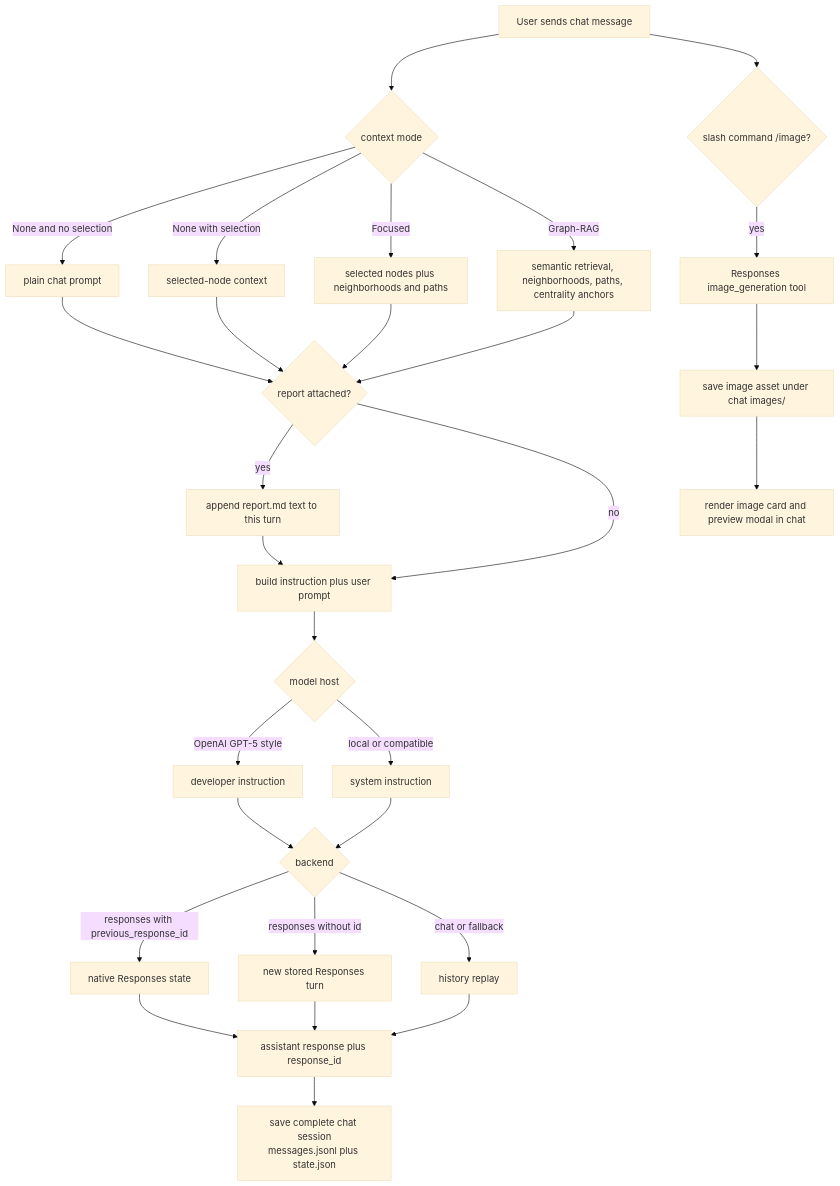
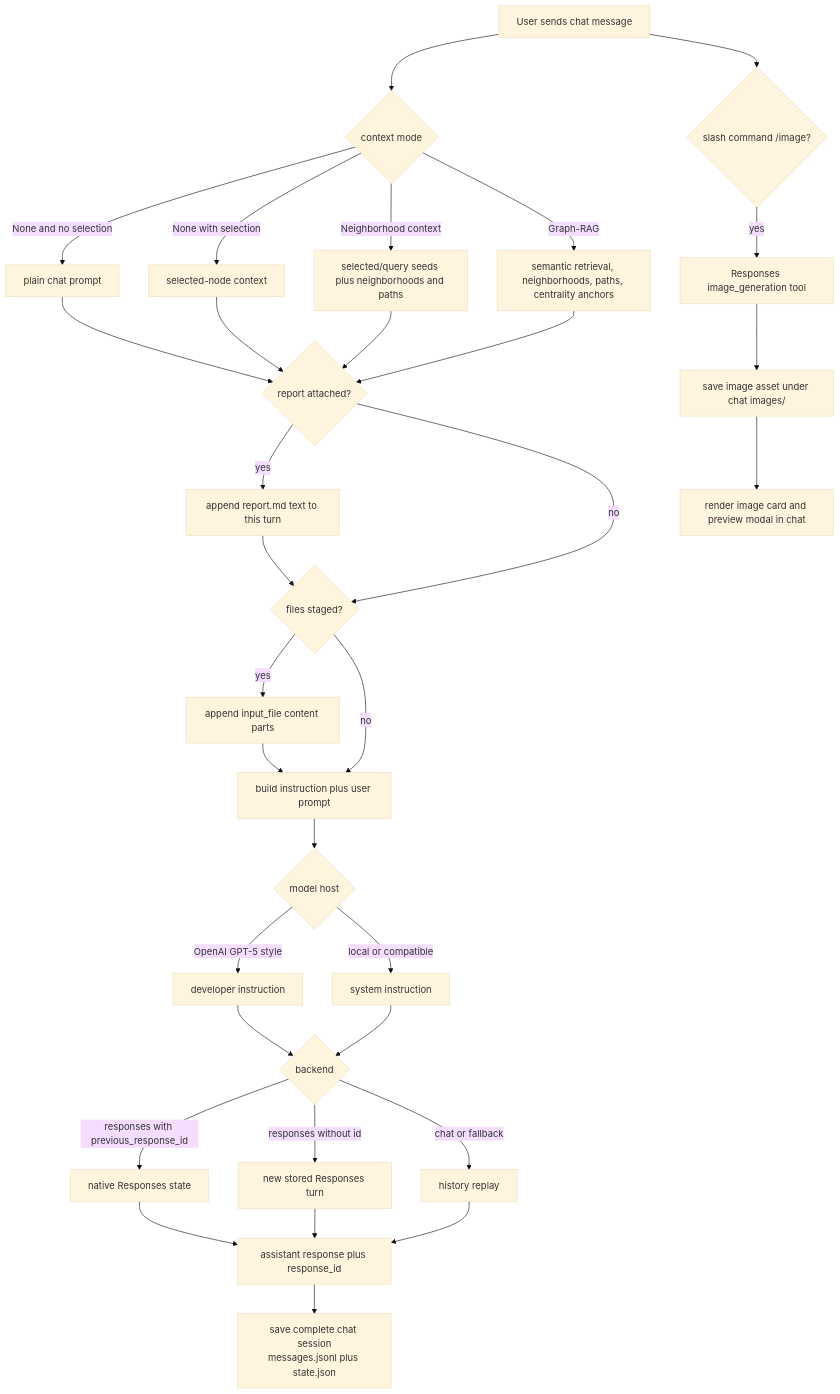
Before and after one commit to lamm-mit/graph-preflexor-grpo: the third of 4 diagrams in ideation/graph_explorer/README.md, drawn with Mermaid (base theme). The commit also changed other lines of this file and 6 other files, not shown here.

Commit message:
Enhance graph explorer chat workflows

````diff
--- a/ideation/graph_explorer/README.md
+++ b/ideation/graph_explorer/README.md
@@ -231,31 +232,34 @@
 ```mermaid
 flowchart TD
   UserPrompt["User sends chat message"] --> ContextMode{"context mode"}
   ContextMode -->|None and no selection| PlainChat["plain chat prompt"]
   ContextMode -->|None with selection| SelectedOnly["selected-node context"]
-  ContextMode -->|Focused| Focused["selected nodes plus neighborhoods and paths"]
+  ContextMode -->|Neighborhood context| Focused["selected/query seeds plus neighborhoods and paths"]
   ContextMode -->|Graph-RAG| GraphRAG["semantic retrieval, neighborhoods, paths, centrality anchors"]
   PlainChat --> AttachReport{"report attached?"}
   SelectedOnly --> AttachReport
   Focused --> AttachReport
   GraphRAG --> AttachReport
   AttachReport -->|yes| AddReport["append report.md text to this turn"]
-  AttachReport -->|no| BuildMessages["build instruction plus user prompt"]
-  AddReport --> BuildMessages
+  AttachReport -->|no| AttachFiles{"files staged?"}
+  AddReport --> AttachFiles
+  AttachFiles -->|yes| FileParts["append input_file content parts"]
+  AttachFiles -->|no| BuildMessages["build instruction plus user prompt"]
+  FileParts --> BuildMessages
   BuildMessages --> Role{"model host"}
   Role -->|OpenAI GPT-5 style| DeveloperInstruction["developer instruction"]
   Role -->|local or compatible| SystemInstruction["system instruction"]
   DeveloperInstruction --> Backend{"backend"}
   SystemInstruction --> Backend
   Backend -->|responses with previous_response_id| ResponsesState["native Responses state"]
   Backend -->|responses without id| ResponsesNew["new stored Responses turn"]
   Backend -->|chat or fallback| ReplayHistory["history replay"]
   ResponsesState --> AssistantReply["assistant response plus response_id"]
   ResponsesNew --> AssistantReply
   ReplayHistory --> AssistantReply
   AssistantReply --> PersistChat["save complete chat session<br/>messages.jsonl plus state.json"]
   UserPrompt --> ImageCommand{"slash command /image?"}
   ImageCommand -->|yes| ImageTool["Responses image_generation tool"]
   ImageTool --> SaveImage["save image asset under chat images/"]
   SaveImage --> RenderImage["render image card and preview modal in chat"]
 ```
````
